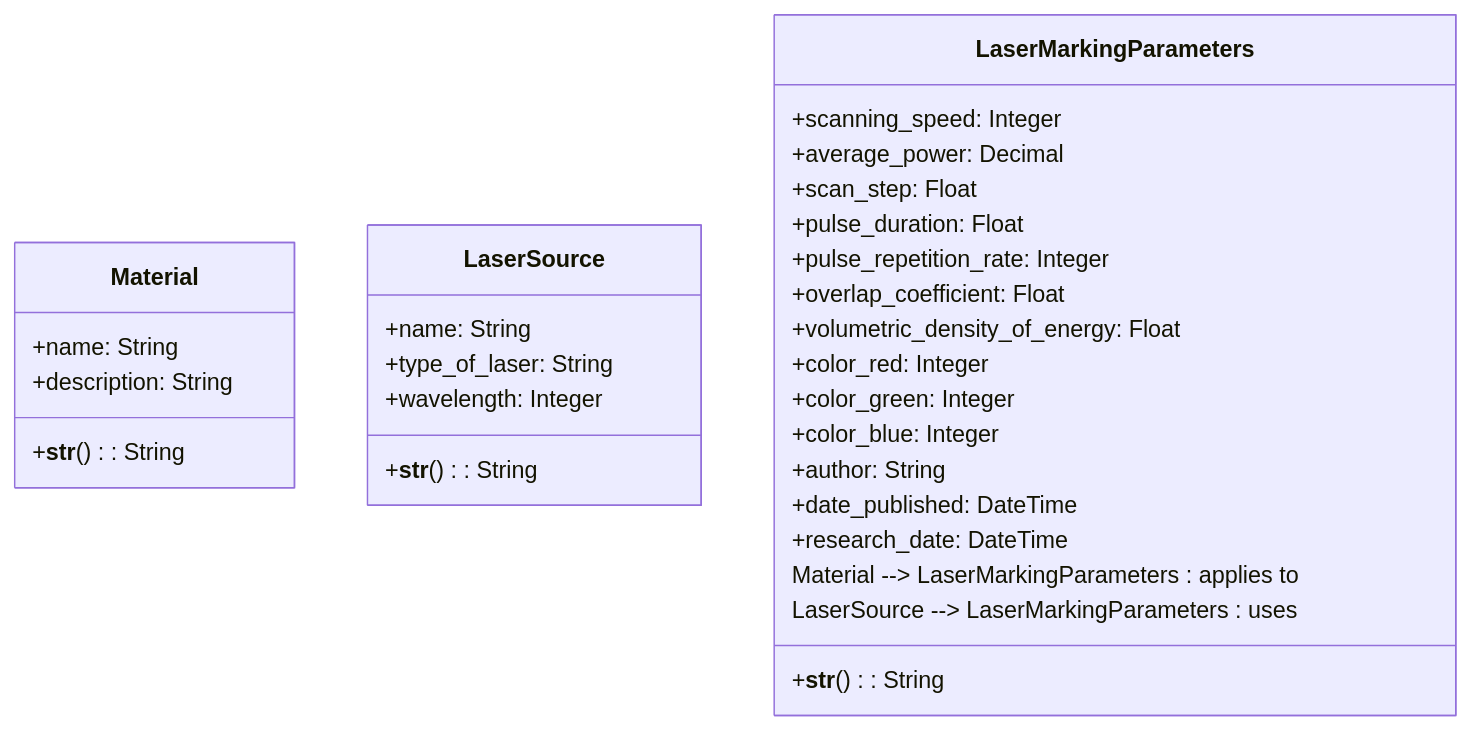
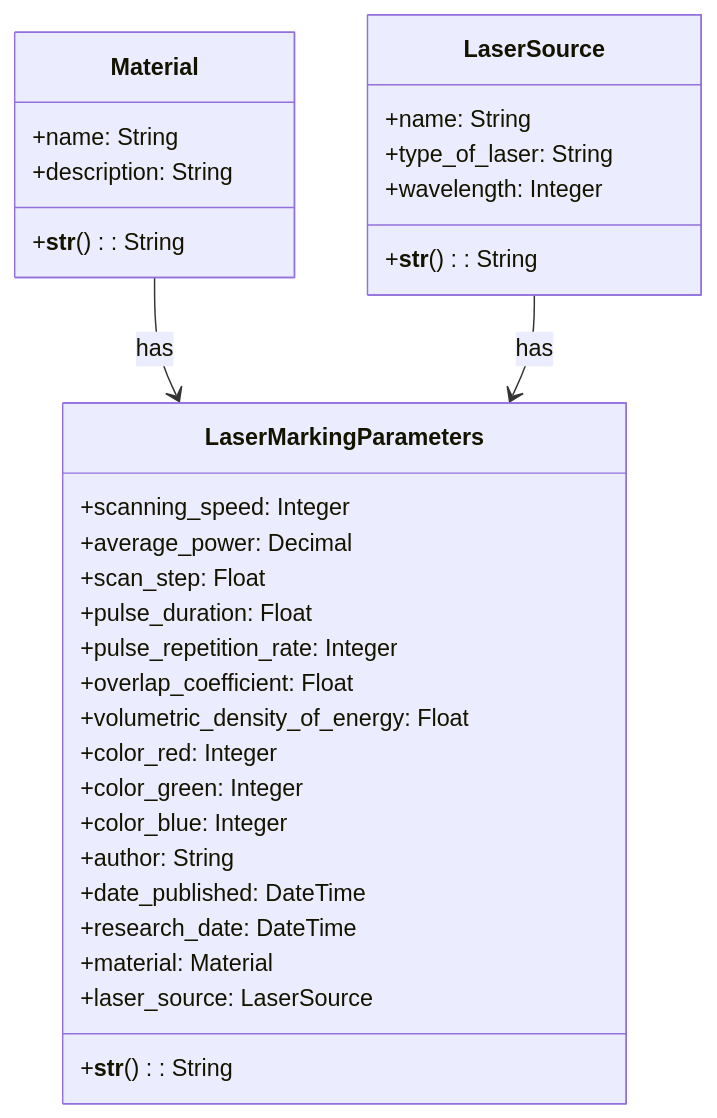
One commit to D-on3/laser_db changed the diagram in README.md. Above: the diagram before and after it, drawn with Mermaid.

````diff
--- a/README.md
+++ b/README.md
@@ -1,38 +1,37 @@
-```mermaid
+``` mermaid
 classDiagram
     class Material {
         +name: String
         +description: String
         +__str__(): String
     }
 
     class LaserSource {
         +name: String
         +type_of_laser: String
         +wavelength: Integer
         +__str__(): String
     }
 
     class LaserMarkingParameters {
         +scanning_speed: Integer
         +average_power: Decimal
         +scan_step: Float
         +pulse_duration: Float
         +pulse_repetition_rate: Integer
         +overlap_coefficient: Float
         +volumetric_density_of_energy: Float
         +color_red: Integer
         +color_green: Integer
         +color_blue: Integer
         +author: String
         +date_published: DateTime
         +research_date: DateTime
         +__str__(): String
-
-        Material --> LaserMarkingParameters : applies to
-        LaserSource --> LaserMarkingParameters : uses
+        +material: Material
+        +laser_source: LaserSource
     }
 
-
-
+    Material --> LaserMarkingParameters : has
+    LaserSource --> LaserMarkingParameters : has
 ```
````
